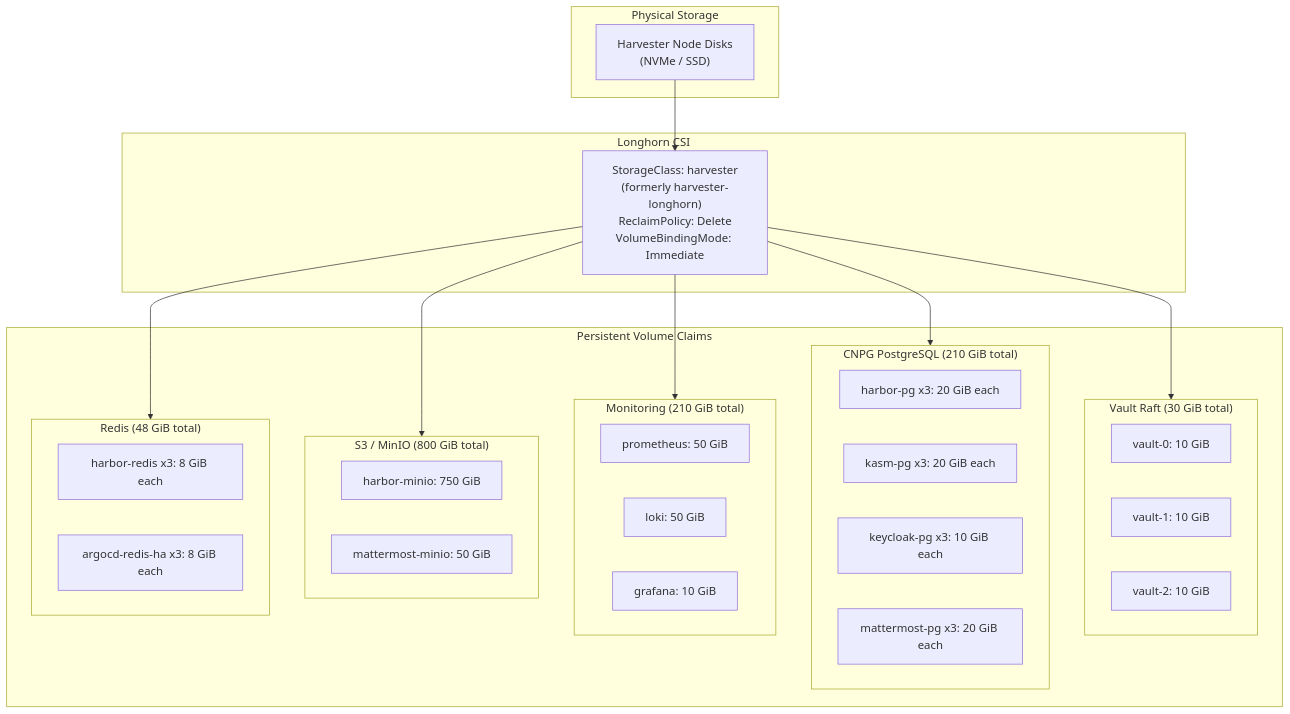
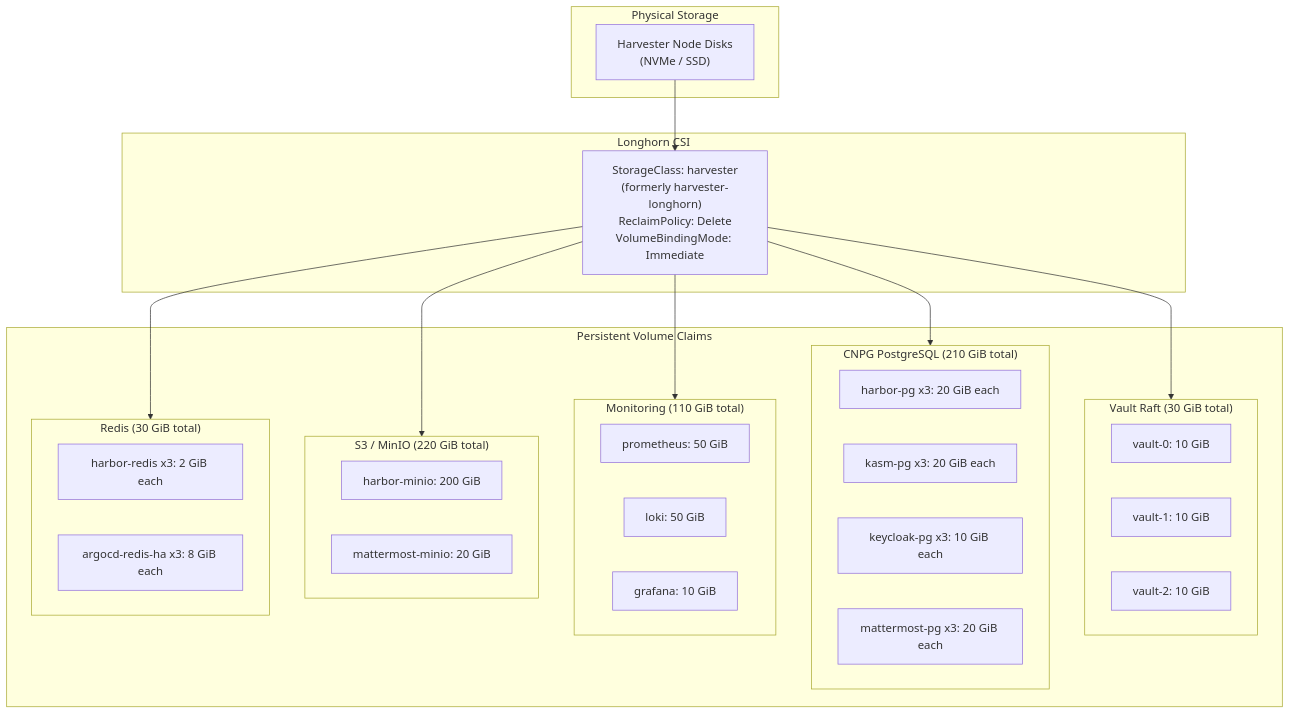
Before and after one commit to derhornspieler/harvester-rke2-platform: diagram 12 of 26 in docs/engineering/system-architecture.md, drawn with Mermaid. The commit also changed other lines of this file and 50 other files, not shown here.

````diff
--- a/docs/engineering/system-architecture.md
+++ b/docs/engineering/system-architecture.md
@@ -625,48 +640,48 @@
 ```mermaid
 graph TD
     subgraph Physical["Physical Storage"]
         Disks["Harvester Node Disks<br/>(NVMe / SSD)"]
     end
 
     subgraph Longhorn["Longhorn CSI"]
         SC["StorageClass: harvester<br/>(formerly harvester-longhorn)<br/>ReclaimPolicy: Delete<br/>VolumeBindingMode: Immediate"]
     end
 
     subgraph PVCs["Persistent Volume Claims"]
         subgraph Raft["Vault Raft (30 GiB total)"]
             V0["vault-0: 10 GiB"]
             V1["vault-1: 10 GiB"]
             V2["vault-2: 10 GiB"]
         end
 
         subgraph CNPG_Vol["CNPG PostgreSQL (210 GiB total)"]
             HPG["harbor-pg x3: 20 GiB each"]
             KPG["kasm-pg x3: 20 GiB each"]
             KCPG_v["keycloak-pg x3: 10 GiB each"]
             MMPG_v["mattermost-pg x3: 20 GiB each"]
         end
 
-        subgraph MonVol["Monitoring (210 GiB total)"]
+        subgraph MonVol["Monitoring (110 GiB total)"]
             PromPVC["prometheus: 50 GiB"]
             LokiPVC["loki: 50 GiB"]
             GrafPVC["grafana: 10 GiB"]
         end
 
-        subgraph S3Vol["S3 / MinIO (800 GiB total)"]
-            HarborS3["harbor-minio: 750 GiB"]
-            MMS3["mattermost-minio: 50 GiB"]
+        subgraph S3Vol["S3 / MinIO (220 GiB total)"]
+            HarborS3["harbor-minio: 200 GiB"]
+            MMS3["mattermost-minio: 20 GiB"]
         end
 
-        subgraph RedisVol["Redis (48 GiB total)"]
-            HRedis["harbor-redis x3: 8 GiB each"]
+        subgraph RedisVol["Redis (30 GiB total)"]
+            HRedis["harbor-redis x3: 2 GiB each"]
             ARedis["argocd-redis-ha x3: 8 GiB each"]
         end
     end
 
     Disks --> SC
     SC --> Raft
     SC --> CNPG_Vol
     SC --> MonVol
     SC --> S3Vol
     SC --> RedisVol
 ```
````
